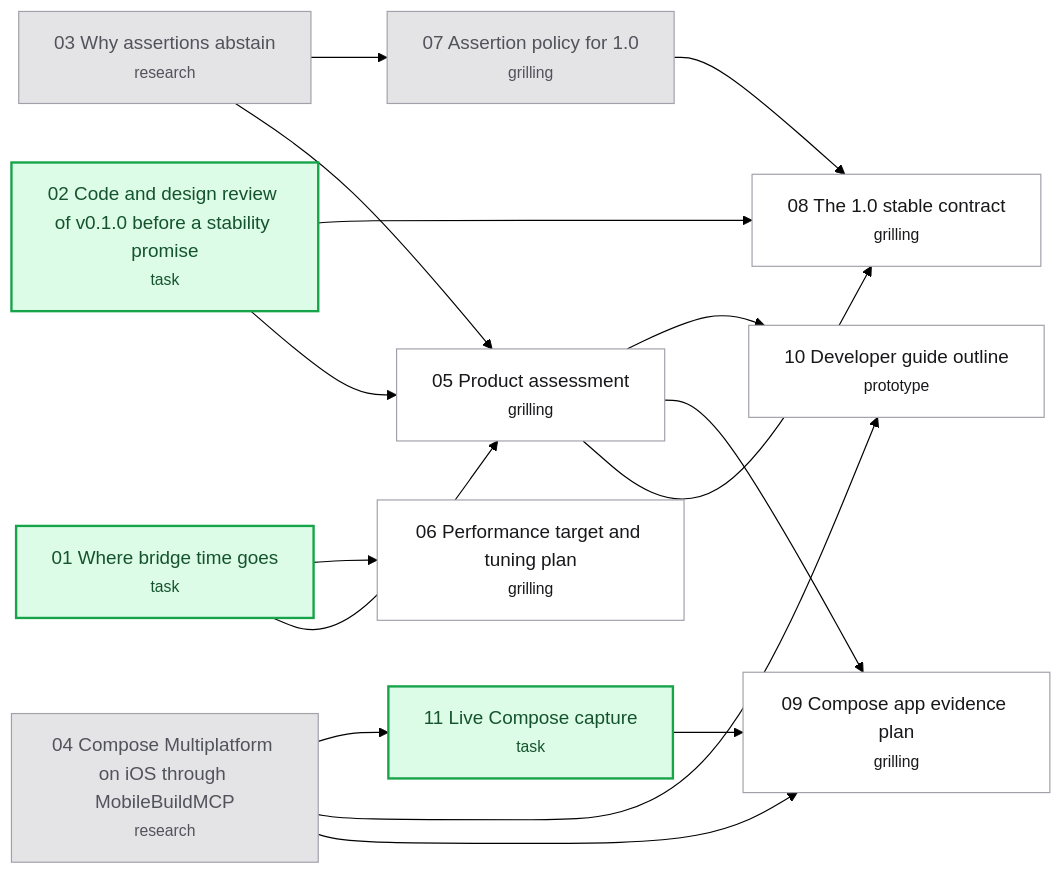
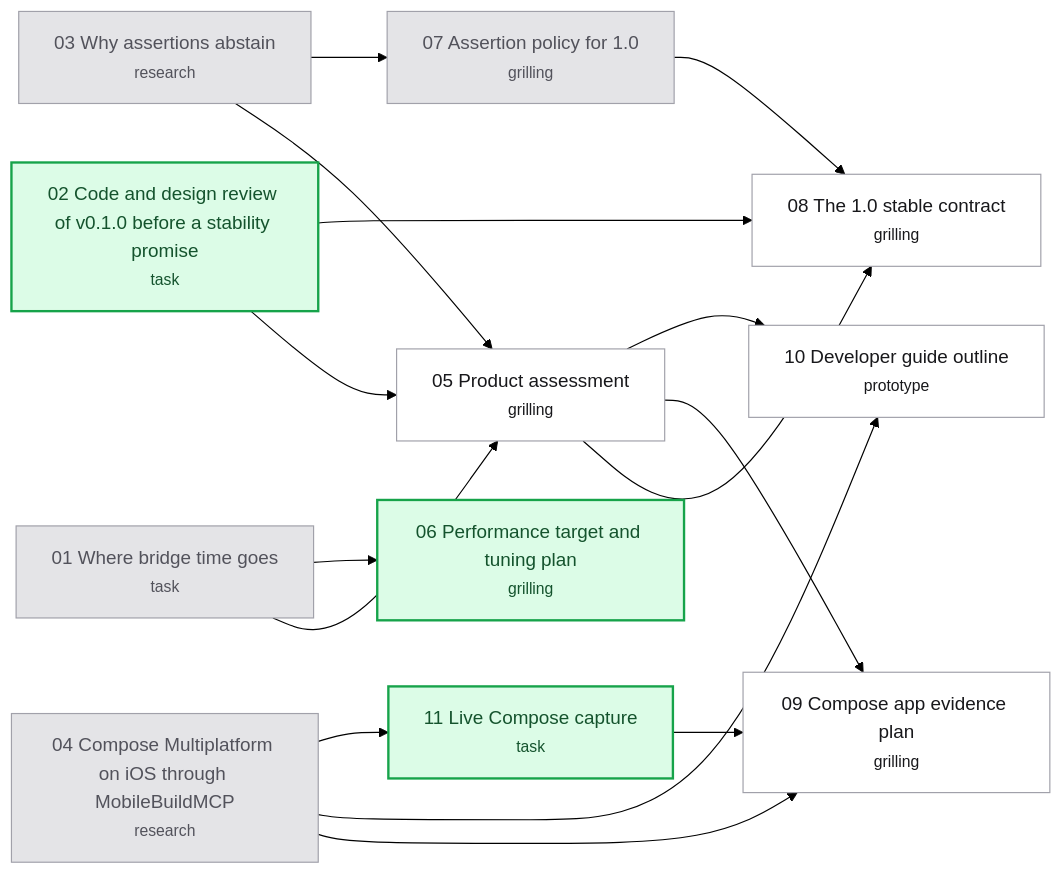
Before and after one commit to hugues-vnsgn/jev-ios-bridge: the diagram in .scratch/v1-release/map.md, drawn with Mermaid (forest theme). The commit also changed other lines of this file and 4 other files, not shown here.

````diff
--- a/.scratch/v1-release/map.md
+++ b/.scratch/v1-release/map.md
@@ -40,35 +41,35 @@
 ```mermaid
 flowchart LR
     T01["01 Where bridge time goes<br/><small>task</small>"]
     T02["02 Code and design review of v0.1.0 before a stability promise<br/><small>task</small>"]
     T03["03 Why assertions abstain<br/><small>research</small>"]
     T04["04 Compose Multiplatform on iOS through MobileBuildMCP<br/><small>research</small>"]
     T05["05 Product assessment<br/><small>grilling</small>"]
     T06["06 Performance target and tuning plan<br/><small>grilling</small>"]
     T07["07 Assertion policy for 1.0<br/><small>grilling</small>"]
     T08["08 The 1.0 stable contract<br/><small>grilling</small>"]
     T09["09 Compose app evidence plan<br/><small>grilling</small>"]
     T10["10 Developer guide outline<br/><small>prototype</small>"]
     T11["11 Live Compose capture<br/><small>task</small>"]
     T01 --> T05
     T02 --> T05
     T03 --> T05
     T01 --> T06
     T03 --> T07
     T02 --> T08
     T05 --> T08
     T07 --> T08
     T04 --> T09
     T05 --> T09
     T11 --> T09
     T04 --> T10
     T05 --> T10
     T04 --> T11
     classDef resolved fill:#e4e4e7,stroke:#a1a1aa,color:#52525b
     classDef claimed fill:#dbeafe,stroke:#2563eb,color:#1e3a8a
     classDef frontier fill:#dcfce7,stroke:#16a34a,color:#14532d,stroke-width:2px
     classDef blocked fill:#ffffff,stroke:#a1a1aa,color:#18181b
-    class T03,T04,T07 resolved
-    class T01,T02,T11 frontier
-    class T05,T06,T08,T09,T10 blocked
+    class T01,T03,T04,T07 resolved
+    class T02,T06,T11 frontier
+    class T05,T08,T09,T10 blocked
 ```
````
